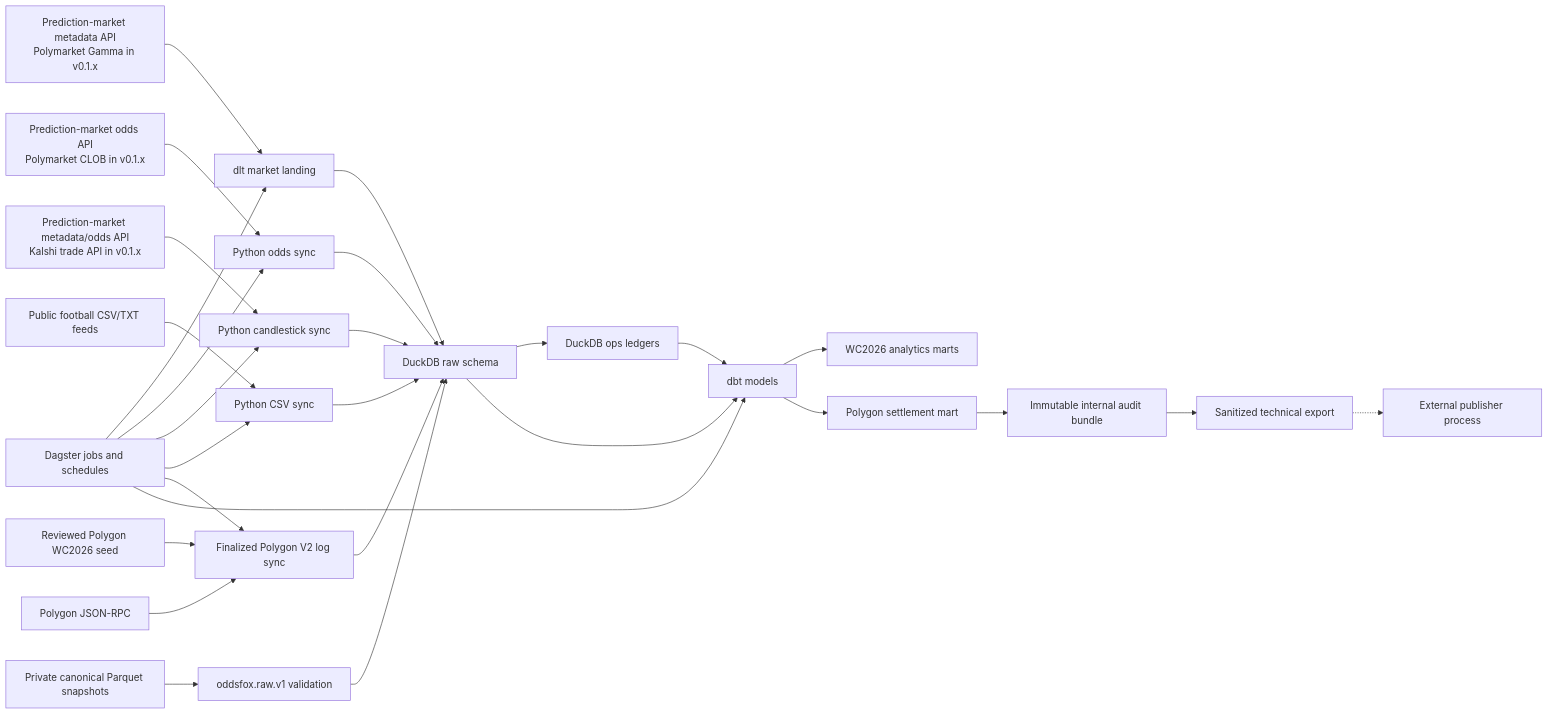
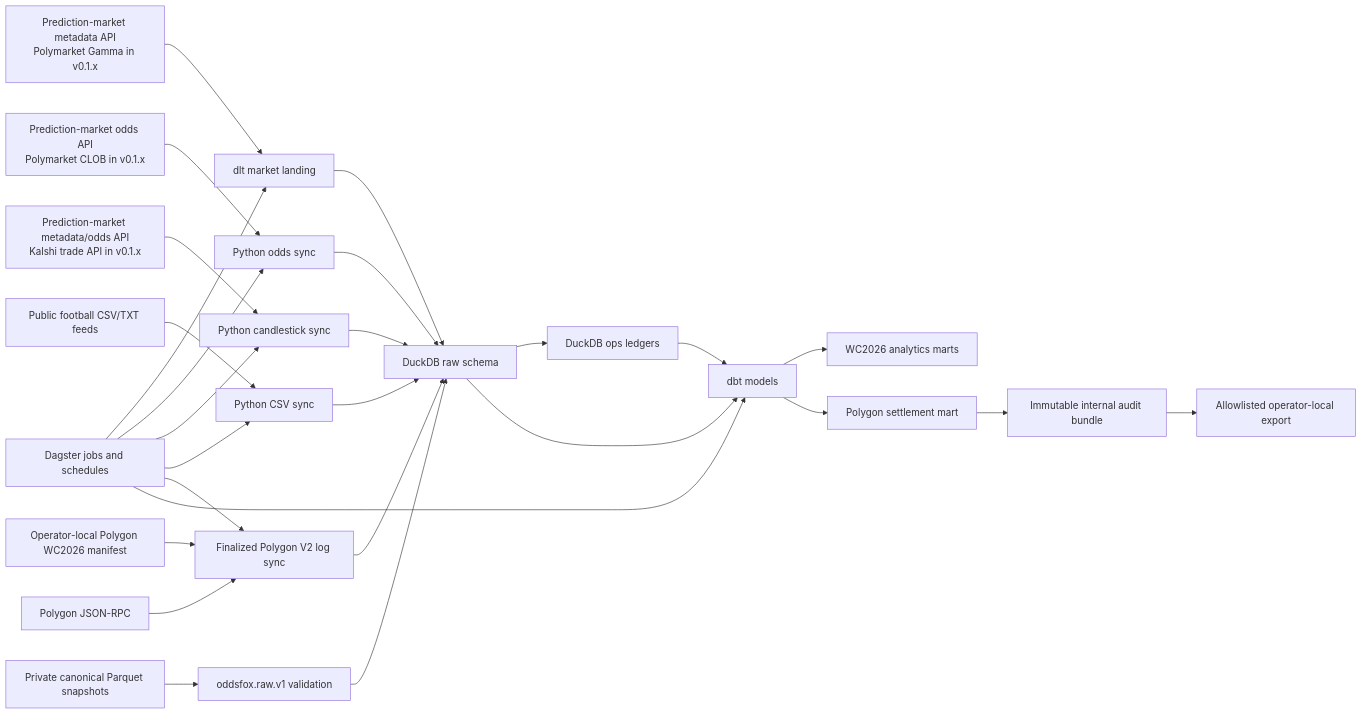
One commit to hypertrial/oddsfox-pipeline changed the first of 2 diagrams in docs/concepts/architecture.md. Above: the diagram before and after it, drawn with Mermaid. The commit also changed other lines of this file and 46 other files, not shown here.

````diff
--- a/docs/concepts/architecture.md
+++ b/docs/concepts/architecture.md
@@ -31,30 +32,29 @@
 ```mermaid
 flowchart LR
     gamma["Prediction-market metadata API<br/>Polymarket Gamma in v0.1.x"] --> dlt["dlt market landing"]
     clob["Prediction-market odds API<br/>Polymarket CLOB in v0.1.x"] --> odds["Python odds sync"]
     kalshi_api["Prediction-market metadata/odds API<br/>Kalshi trade API in v0.1.x"] --> kalshi_sync["Python candlestick sync"]
     results["Public football CSV/TXT feeds"] --> result_sync["Python CSV sync"]
-    seed["Reviewed Polygon WC2026 seed"] --> polygon_sync["Finalized Polygon V2 log sync"]
+    seed["Operator-local Polygon WC2026 manifest"] --> polygon_sync["Finalized Polygon V2 log sync"]
     polygon_rpc["Polygon JSON-RPC"] --> polygon_sync
     private["Private canonical Parquet snapshots"] --> validate["oddsfox.raw.v1 validation"]
     dlt --> raw["DuckDB raw schema"]
     odds --> raw
     kalshi_sync --> raw
     result_sync --> raw
     polygon_sync --> raw
     validate --> raw
     raw --> ops["DuckDB ops ledgers"]
     raw --> dbt["dbt models"]
     ops --> dbt
     dbt --> marts["WC2026 analytics marts"]
     dbt --> polygon_mart["Polygon settlement mart"]
     polygon_mart --> audit["Immutable internal audit bundle"]
-    audit --> export["Sanitized technical export"]
-    export -.-> publisher["External publisher process"]
+    audit --> export["Allowlisted operator-local export"]
     dagster["Dagster jobs and schedules"] --> dlt
     dagster --> odds
     dagster --> kalshi_sync
     dagster --> result_sync
     dagster --> polygon_sync
     dagster --> dbt
 ```
````
